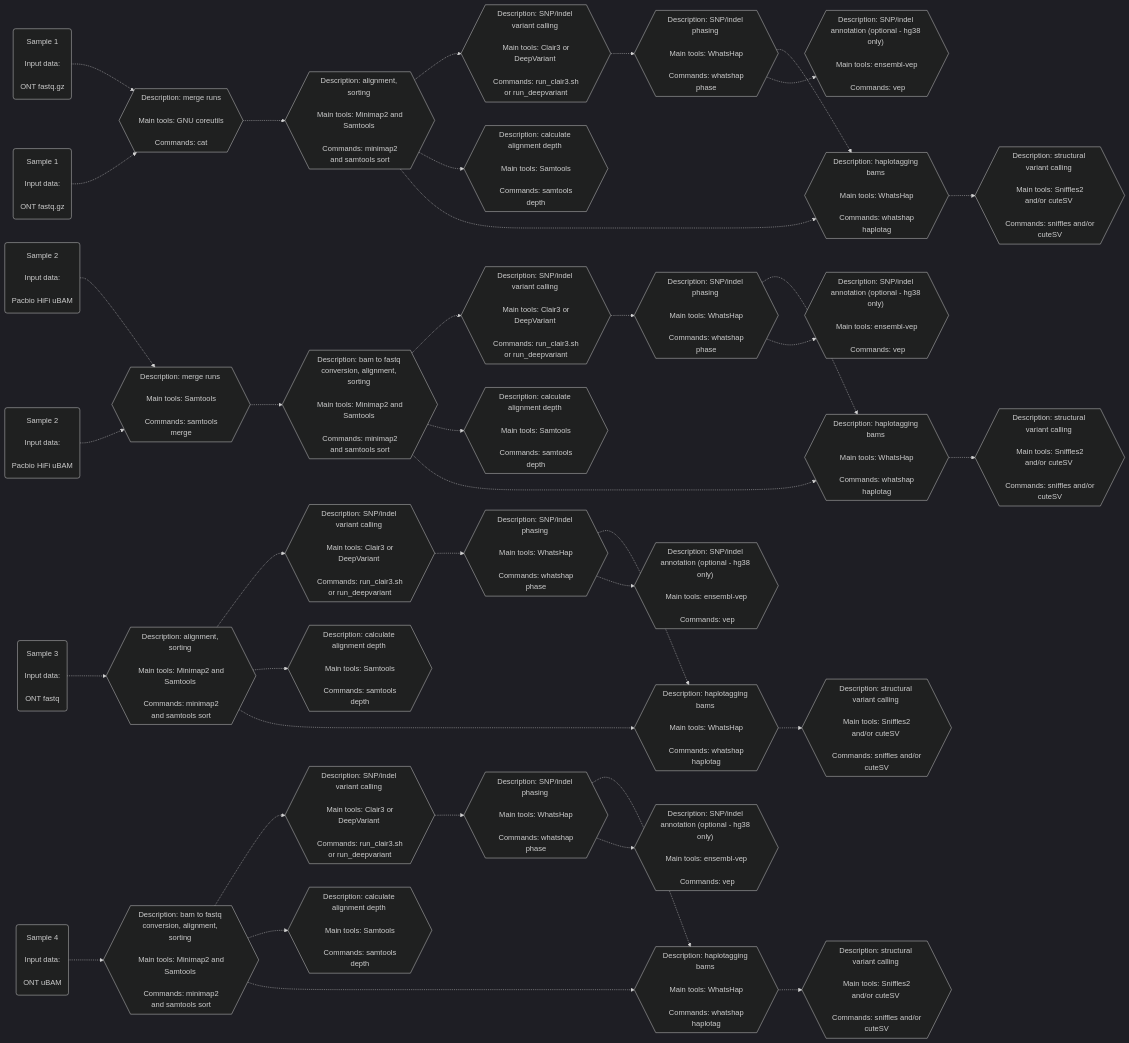
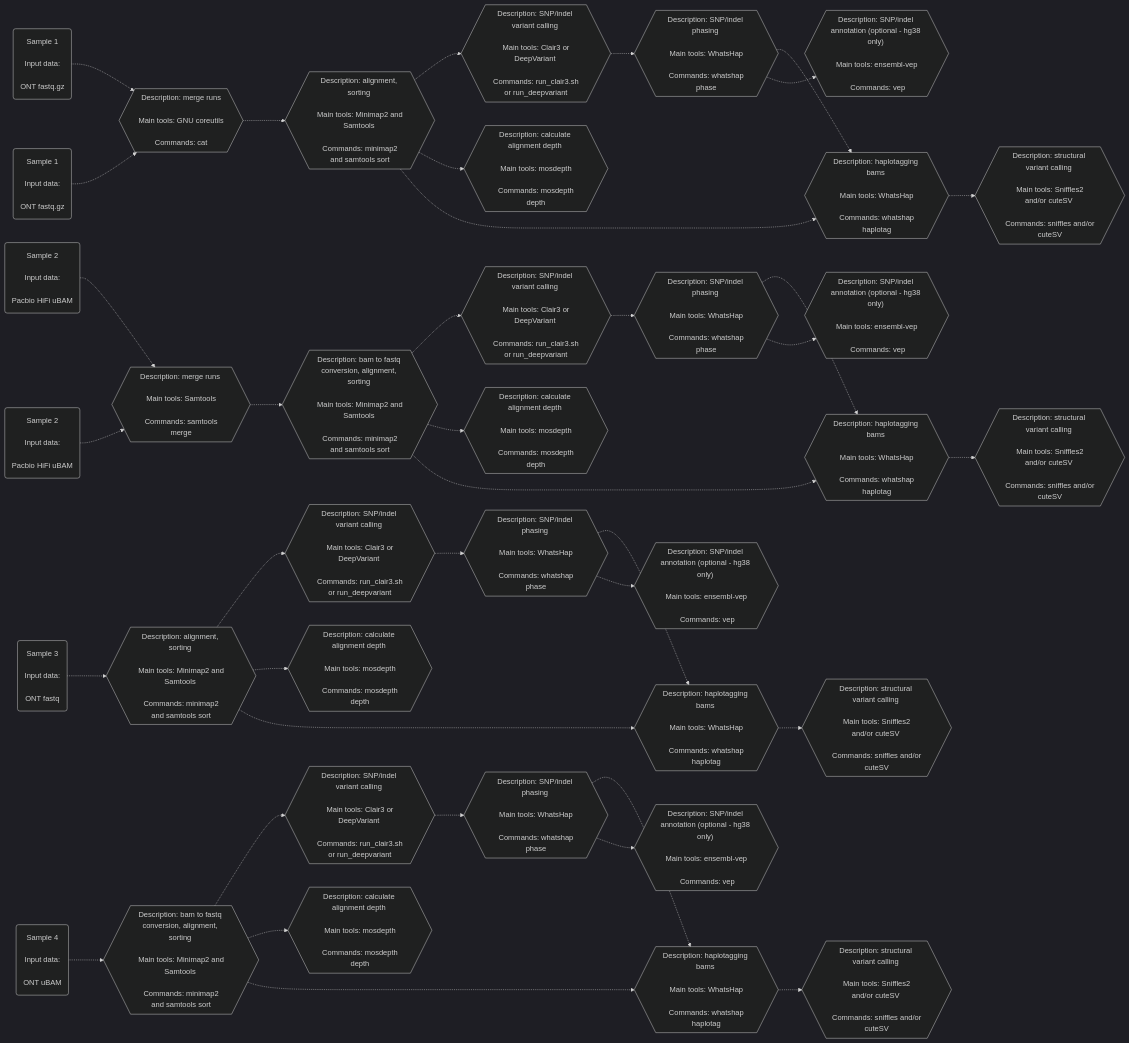
Before and after one commit to leahkemp/pipeface: the second of 2 diagrams in README.md, drawn with Mermaid. The commit also changed other lines of this file, not shown here.

Commit message:
update depth tool to mosdepth

````diff
--- a/README.md
+++ b/README.md
@@ -39,73 +39,73 @@
 ```mermaid
 %%{init: {'theme':'dark'}}%%
 flowchart LR
 
 ont_data_f1("Sample 1 <br><br> Input data: <br><br> ONT fastq.gz")
 ont_data_f2("Sample 1 <br><br> Input data: <br><br> ONT fastq.gz")
 pacbio_data_f3("Sample 2 <br><br> Input data: <br><br> Pacbio HiFi uBAM")
 pacbio_data_f4("Sample 2 <br><br> Input data: <br><br> Pacbio HiFi uBAM")
 ont_data_f5("Sample 3 <br><br> Input data: <br><br> ONT fastq")
 ont_data_f6("Sample 4 <br><br> Input data: <br><br> ONT uBAM")
 
 merging_m1{{"Description: merge runs <br><br> Main tools: GNU coreutils <br><br> Commands: cat"}}
 merging_m2{{"Description: merge runs <br><br> Main tools: Samtools <br><br> Commands: samtools merge"}}
 
 alignment_s1{{"Description: alignment, sorting <br><br> Main tools: Minimap2 and Samtools <br><br> Commands: minimap2 and samtools sort"}}
 alignment_s2{{"Description: alignment, sorting <br><br> Main tools: Minimap2 and Samtools <br><br> Commands: minimap2 and samtools sort"}}
 alignment_s3{{"Description: bam to fastq conversion, alignment, sorting <br><br> Main tools: Minimap2 and Samtools <br><br> Commands: minimap2 and samtools sort"}}
 alignment_s4{{"Description: bam to fastq conversion, alignment, sorting <br><br> Main tools: Minimap2 and Samtools <br><br> Commands: minimap2 and samtools sort"}}
 
-depth_s1{{"Description: calculate alignment depth <br><br> Main tools: Samtools <br><br> Commands: samtools depth"}}
-depth_s2{{"Description: calculate alignment depth <br><br> Main tools: Samtools <br><br> Commands: samtools depth"}}
-depth_s3{{"Description: calculate alignment depth <br><br> Main tools: Samtools <br><br> Commands: samtools depth"}}
-depth_s4{{"Description: calculate alignment depth <br><br> Main tools: Samtools <br><br> Commands: samtools depth"}}
+depth_s1{{"Description: calculate alignment depth <br><br> Main tools: mosdepth <br><br> Commands: mosdepth depth"}}
+depth_s2{{"Description: calculate alignment depth <br><br> Main tools: mosdepth <br><br> Commands: mosdepth depth"}}
+depth_s3{{"Description: calculate alignment depth <br><br> Main tools: mosdepth <br><br> Commands: mosdepth depth"}}
+depth_s4{{"Description: calculate alignment depth <br><br> Main tools: mosdepth <br><br> Commands: mosdepth depth"}}
 
 snp_indel_calling_s1{{"Description: SNP/indel variant calling <br><br> Main tools: Clair3 or DeepVariant <br><br> Commands: run_clair3.sh or run_deepvariant"}}
 snp_indel_calling_s2{{"Description: SNP/indel variant calling <br><br> Main tools: Clair3 or DeepVariant <br><br> Commands: run_clair3.sh or run_deepvariant"}}
 snp_indel_calling_s3{{"Description: SNP/indel variant calling <br><br> Main tools: Clair3 or DeepVariant <br><br> Commands: run_clair3.sh or run_deepvariant"}}
 snp_indel_calling_s4{{"Description: SNP/indel variant calling <br><br> Main tools: Clair3 or DeepVariant <br><br> Commands: run_clair3.sh or run_deepvariant"}}
 
 snp_indel_phasing_s1{{"Description: SNP/indel phasing <br><br> Main tools: WhatsHap <br><br> Commands: whatshap phase"}}
 snp_indel_phasing_s2{{"Description: SNP/indel phasing <br><br> Main tools: WhatsHap <br><br> Commands: whatshap phase"}}
 snp_indel_phasing_s3{{"Description: SNP/indel phasing <br><br> Main tools: WhatsHap <br><br> Commands: whatshap phase"}}
 snp_indel_phasing_s4{{"Description: SNP/indel phasing <br><br> Main tools: WhatsHap <br><br> Commands: whatshap phase"}}
 
 snp_indel_annotation_s1{{"Description: SNP/indel annotation (optional - hg38 only)" <br><br> Main tools: ensembl-vep <br><br> Commands: vep}}
 snp_indel_annotation_s2{{"Description: SNP/indel annotation (optional - hg38 only)" <br><br> Main tools: ensembl-vep <br><br> Commands: vep}}
 snp_indel_annotation_s3{{"Description: SNP/indel annotation (optional - hg38 only)" <br><br> Main tools: ensembl-vep <br><br> Commands: vep}}
 snp_indel_annotation_s4{{"Description: SNP/indel annotation (optional - hg38 only)" <br><br> Main tools: ensembl-vep <br><br> Commands: vep}}
 
 haplotagging_s1{{"Description: haplotagging bams <br><br> Main tools: WhatsHap <br><br> Commands: whatshap haplotag"}}
 haplotagging_s2{{"Description: haplotagging bams <br><br> Main tools: WhatsHap <br><br> Commands: whatshap haplotag"}}
 haplotagging_s3{{"Description: haplotagging bams <br><br> Main tools: WhatsHap <br><br> Commands: whatshap haplotag"}}
 haplotagging_s4{{"Description: haplotagging bams <br><br> Main tools: WhatsHap <br><br> Commands: whatshap haplotag"}}
 
 sv_calling_s1{{"Description: structural variant calling <br><br> Main tools: Sniffles2 and/or cuteSV <br><br> Commands: sniffles and/or cuteSV"}}
 sv_calling_s2{{"Description: structural variant calling <br><br> Main tools: Sniffles2 and/or cuteSV <br><br> Commands: sniffles and/or cuteSV"}}
 sv_calling_s3{{"Description: structural variant calling <br><br> Main tools: Sniffles2 and/or cuteSV <br><br> Commands: sniffles and/or cuteSV"}}
 sv_calling_s4{{"Description: structural variant calling <br><br> Main tools: Sniffles2 and/or cuteSV <br><br> Commands: sniffles and/or cuteSV"}}
 
 ont_data_f1-.->merging_m1-.->alignment_s1-.->snp_indel_calling_s1-.->snp_indel_phasing_s1-.->haplotagging_s1-.->sv_calling_s1
 ont_data_f2-.->merging_m1
 ont_data_f5-.->alignment_s2-.->snp_indel_calling_s2-.->snp_indel_phasing_s2-.->haplotagging_s2-.->sv_calling_s2
 ont_data_f6-.->alignment_s3-.->snp_indel_calling_s3-.->snp_indel_phasing_s3-.->haplotagging_s3-.->sv_calling_s3
 
 pacbio_data_f3-.->merging_m2-.->alignment_s4-.->snp_indel_calling_s4-.->snp_indel_phasing_s4-.->haplotagging_s4-.->sv_calling_s4
 pacbio_data_f4-.->merging_m2
 
 alignment_s1-.->depth_s1
 alignment_s2-.->depth_s2
 alignment_s3-.->depth_s3
 alignment_s4-.->depth_s4
 
 alignment_s1-.->haplotagging_s1
 alignment_s2-.->haplotagging_s2
 alignment_s3-.->haplotagging_s3
 alignment_s4-.->haplotagging_s4
 
 snp_indel_phasing_s1-.->snp_indel_annotation_s1
 snp_indel_phasing_s2-.->snp_indel_annotation_s2
 snp_indel_phasing_s3-.->snp_indel_annotation_s3
 snp_indel_phasing_s4-.->snp_indel_annotation_s4
 
 ```
````
